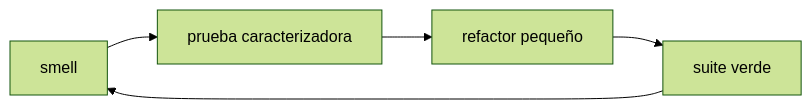
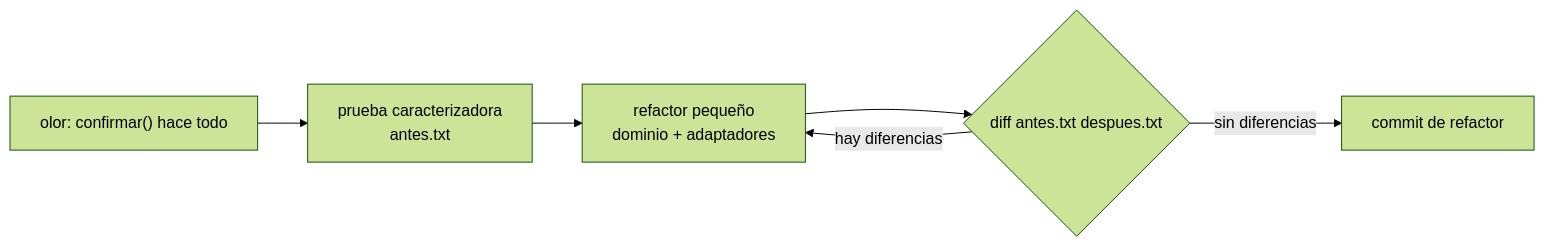
The fourth of 9 diagrams in web/public/content/foundations/modulo-7.md (NICORUIZ93/The_Imperial_Book), drawn with Mermaid (forest theme) before and after one commit. The commit also changed other lines of this file, not shown here.

````diff
--- a/web/public/content/foundations/modulo-7.md
+++ b/web/public/content/foundations/modulo-7.md
@@ -251,5 +784,8 @@
 ```mermaid
 flowchart LR
-    SMELL["smell"] --> CHARACTERIZE["prueba caracterizadora"] --> REFACTOR["refactor pequeño"]
-    REFACTOR --> GREEN["suite verde"] --> SMELL
+    S["olor: confirmar() hace todo"] --> C["prueba caracterizadora<br/>antes.txt"]
+    C --> R["refactor pequeño<br/>dominio + adaptadores"]
+    R --> D{"diff antes.txt despues.txt"}
+    D -->|"sin diferencias"| OK["commit de refactor"]
+    D -->|"hay diferencias"| R
 ```
````
